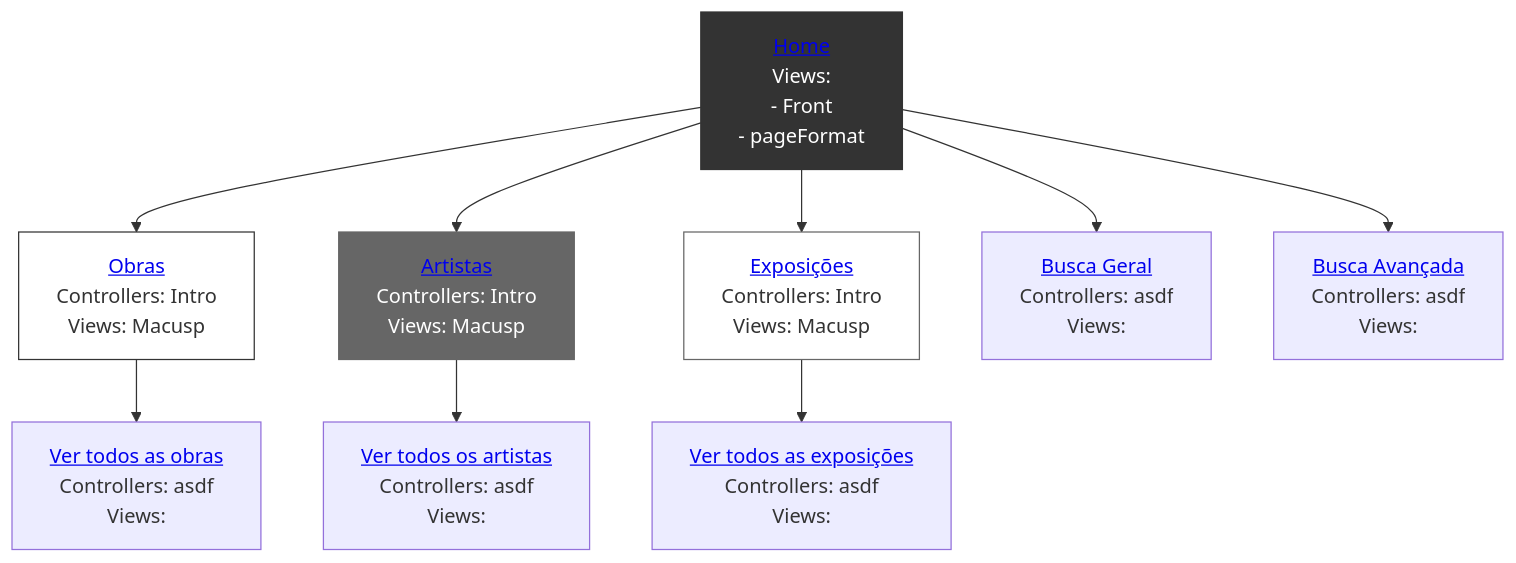
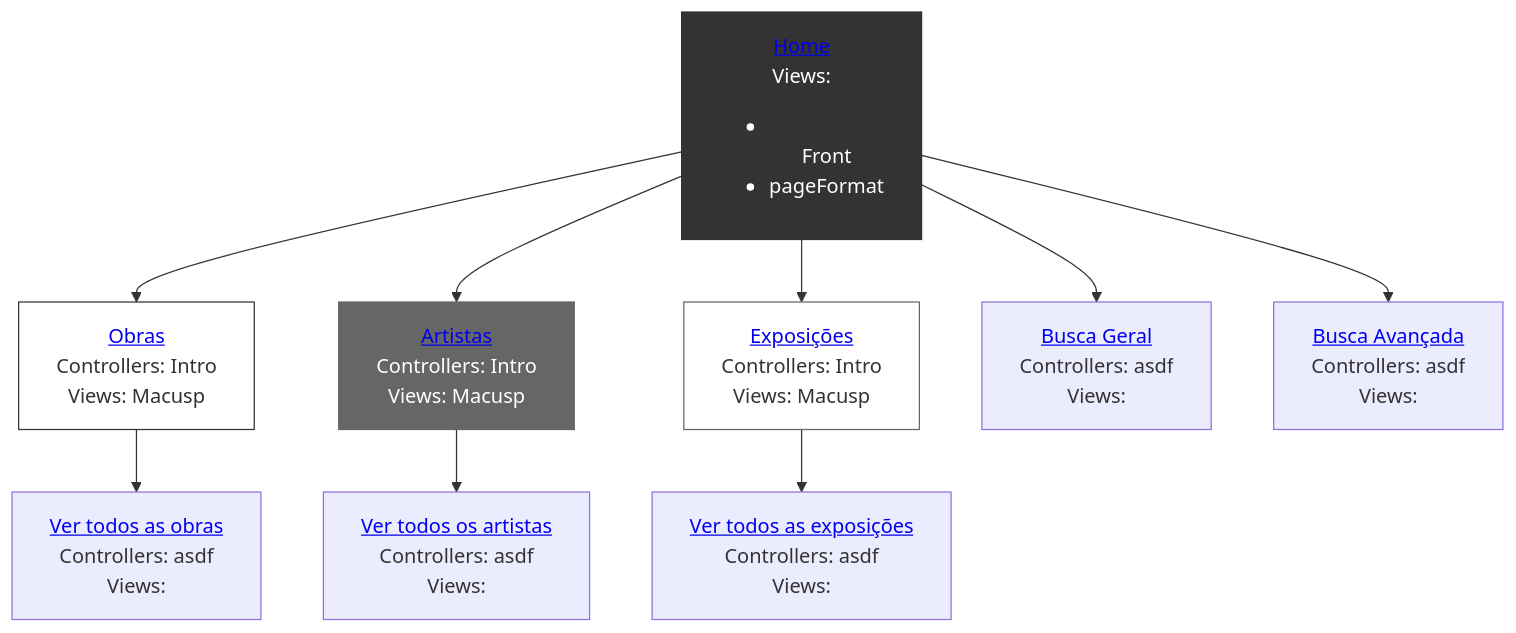
Before and after one commit to reynaldocv/macusp: the diagram in README.md, drawn with Mermaid.

````diff
--- a/README.md
+++ b/README.md
@@ -245,29 +245,29 @@
 ```mermaid
 graph TD
     %% Parte superior e inferior del primer puesto
-    home["           <a href='http://143.107.130.173/admacervo/macusp/index.php'> Home </a> <br> Views: <br> - Front <br> - pageFormat"]
+    home["           <a href='http://143.107.130.173/admacervo/macusp/index.php'> Home </a> <br> Views: <br> <ul><li></li>Front<li>pageFormat</li></ul>"]
     works["          <a href='http://143.107.130.173/admacervo/macusp/index.php/Intro/works'>Obras</a>      <br> Controllers: Intro <br> Views: Macusp"]
     artists["        <a href='http://143.107.130.173/admacervo/macusp/index.php/Intro/artists'>Artistas</a>  <br> Controllers: Intro <br> Views: Macusp"]
     exhibitions["    <a href='http://143.107.130.173/admacervo/macusp/index.php/Intro/exhibitions'>Exposições</a> <br> Controllers: Intro <br> Views: Macusp"]
     search["         <a href='https://link.com'> Busca Geral </a> <br>  Controllers: asdf <br>  Views: "]
     advancedSearch[" <a href='https://link.com'> Busca Avançada</a> <br>  Controllers: </strong> asdf <br>  Views: "]
     viewWorks[" <a href='https://link.com'> Ver todos as obras</a> <br>  Controllers: </strong> asdf <br>  Views: "]
     viewArtists[" <a href='https://link.com'> Ver todos os artistas</a> <br>  Controllers: </strong> asdf <br>  Views: "]
     viewExhibitions[" <a href='https://link.com'> Ver todos as exposições</a> <br>  Controllers: </strong> asdf <br>  Views: "]
     
     %% Conexión del organigrama (une la parte inferior de uno con la superior del otro)
     home --> works
     home --> artists
     home --> exhibitions
     home --> search
     home --> advancedSearch
     works --> viewWorks
     artists --> viewArtists    
     exhibitions --> viewExhibitions
 
     %% Estilos para que parezcan una sola pieza
     style home fill:#333,stroke:#333,color:#fff
     style works fill:#fff,stroke:#333
     style artists fill:#666,stroke:#666,color:#fff
     style exhibitions fill:#fff,stroke:#666
 ```
````
